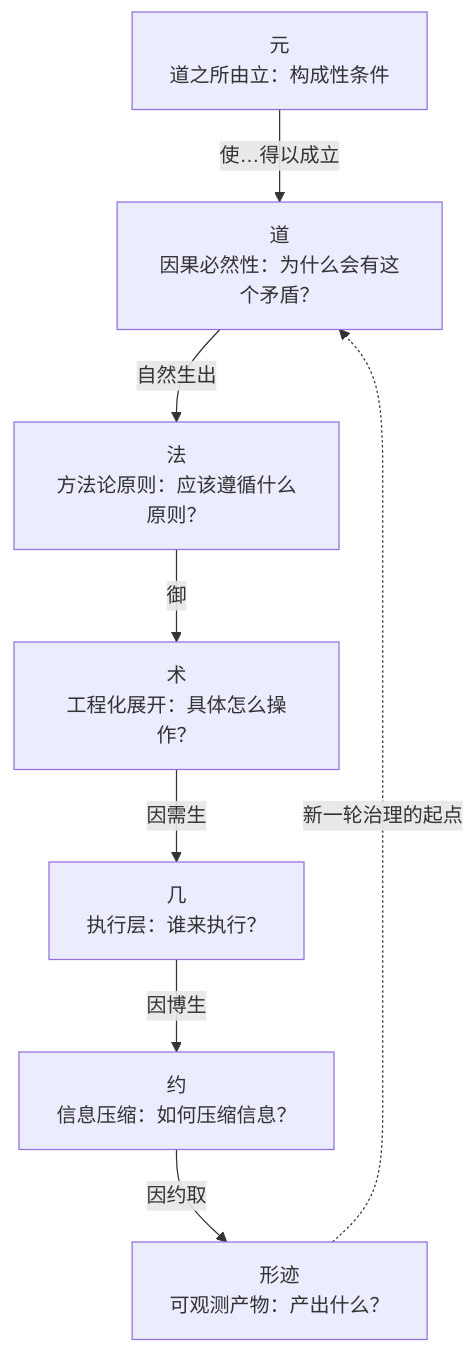
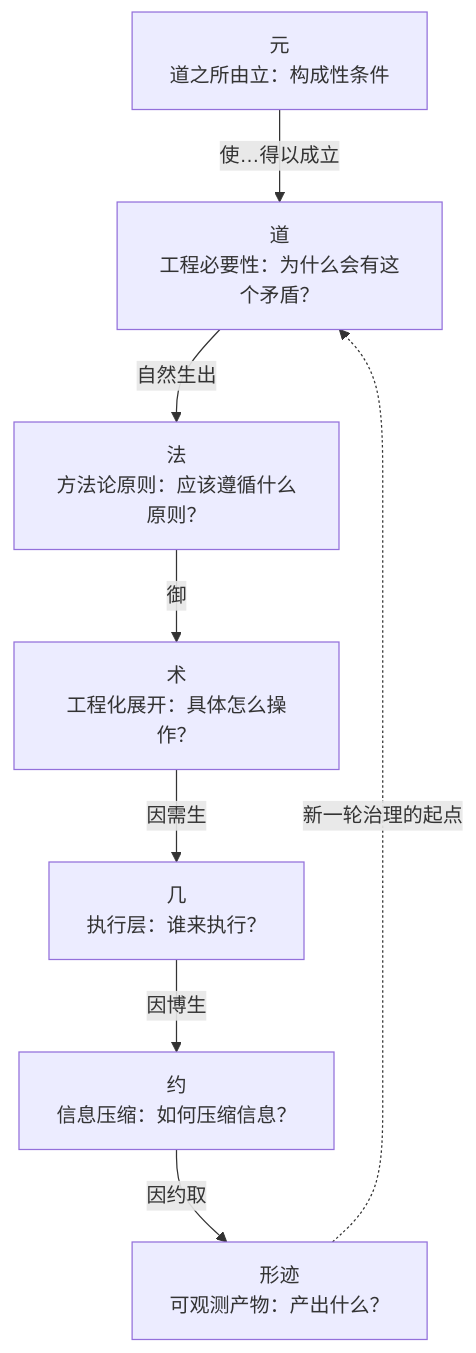
One commit to sgmov/sihankor changed the first of 5 diagrams in docs/specs/philosophy/On-SiHankor.sih.md. Above: the diagram before and after it, drawn with Mermaid. The commit also changed other lines of this file and 9 other files, not shown here.

````diff
--- a/docs/specs/philosophy/On-SiHankor.sih.md
+++ b/docs/specs/philosophy/On-SiHankor.sih.md
@@ -37,18 +37,18 @@
 ```mermaid
 flowchart TB
     Yuan["元<br/>道之所由立：构成性条件"]
-    Tao["道<br/>因果必然性：为什么会有这个矛盾？"]
+    Tao["道<br/>工程必要性：为什么会有这个矛盾？"]
     Fa["法<br/>方法论原则：应该遵循什么原则？"]
     Shu["术<br/>工程化展开：具体怎么操作？"]
     Ji["几<br/>执行层：谁来执行？"]
     Yue["约<br/>信息压缩：如何压缩信息？"]
     Xingji["形迹<br/>可观测产物：产出什么？"]
 
     Yuan -->|"使…得以成立"| Tao
     Tao -->|"自然生出"| Fa
     Fa -->|"御"| Shu
     Shu -->|"因需生"| Ji
     Ji -->|"因博生"| Yue
     Yue -->|"因约取"| Xingji
     Xingji -.->|"新一轮治理的起点"| Tao
 ```
````
